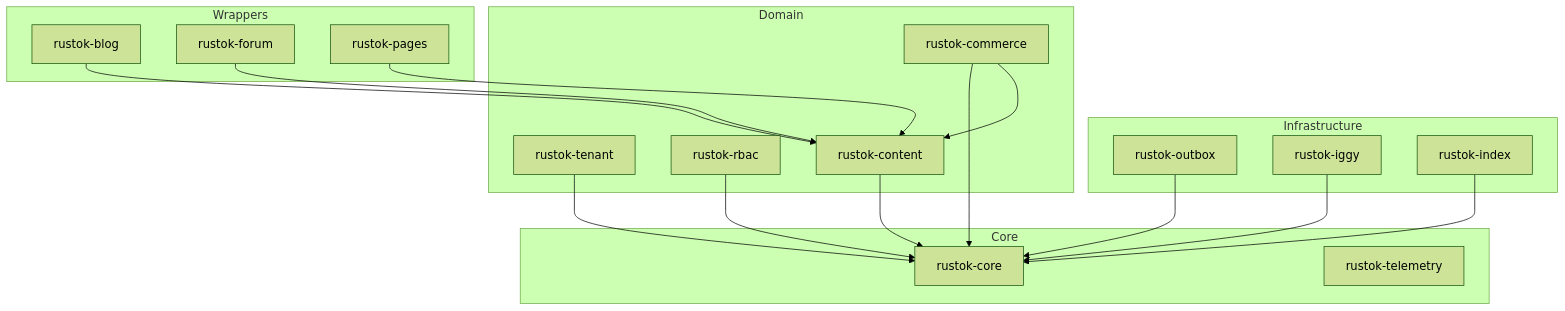
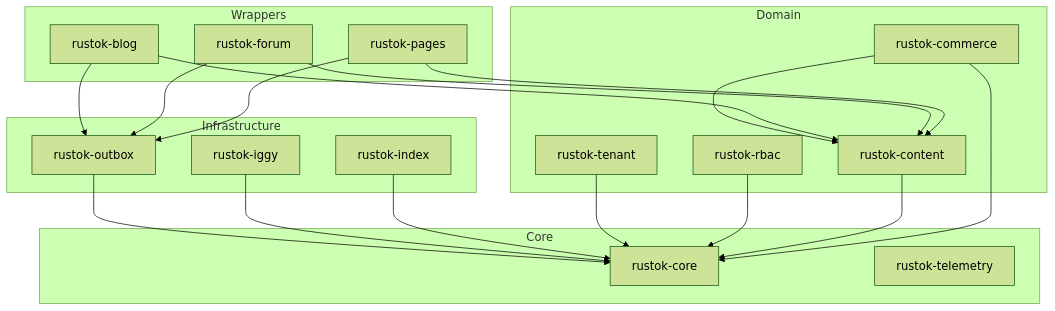
Before and after one commit to RustokCMS/RusTok: the diagram in docs/modules/MODULE_MATRIX.md, drawn with Mermaid (forest theme). The commit also changed other lines of this file and 9 other files, not shown here.

````diff
--- a/docs/modules/MODULE_MATRIX.md
+++ b/docs/modules/MODULE_MATRIX.md
@@ -107,38 +109,41 @@
 ```mermaid
 graph TD
     subgraph Core
         CORE[rustok-core]
         TELEMETRY[rustok-telemetry]
     end
     
     subgraph Infrastructure
         OUTBOX[rustok-outbox]
         IGGY[rustok-iggy]
         INDEX[rustok-index]
     end
     
     subgraph Domain
         TENANT[rustok-tenant]
         RBAC[rustok-rbac]
         CONTENT[rustok-content]
         COMMERCE[rustok-commerce]
     end
     
     subgraph Wrappers
         BLOG[rustok-blog]
         FORUM[rustok-forum]
         PAGES[rustok-pages]
     end
     
     OUTBOX --> CORE
     IGGY --> CORE
     INDEX --> CORE
     TENANT --> CORE
     RBAC --> CORE
     CONTENT --> CORE
     COMMERCE --> CORE
     COMMERCE --> CONTENT
     BLOG --> CONTENT
+    BLOG --> OUTBOX
     FORUM --> CONTENT
+    FORUM --> OUTBOX
     PAGES --> CONTENT
+    PAGES --> OUTBOX
 ```
````
